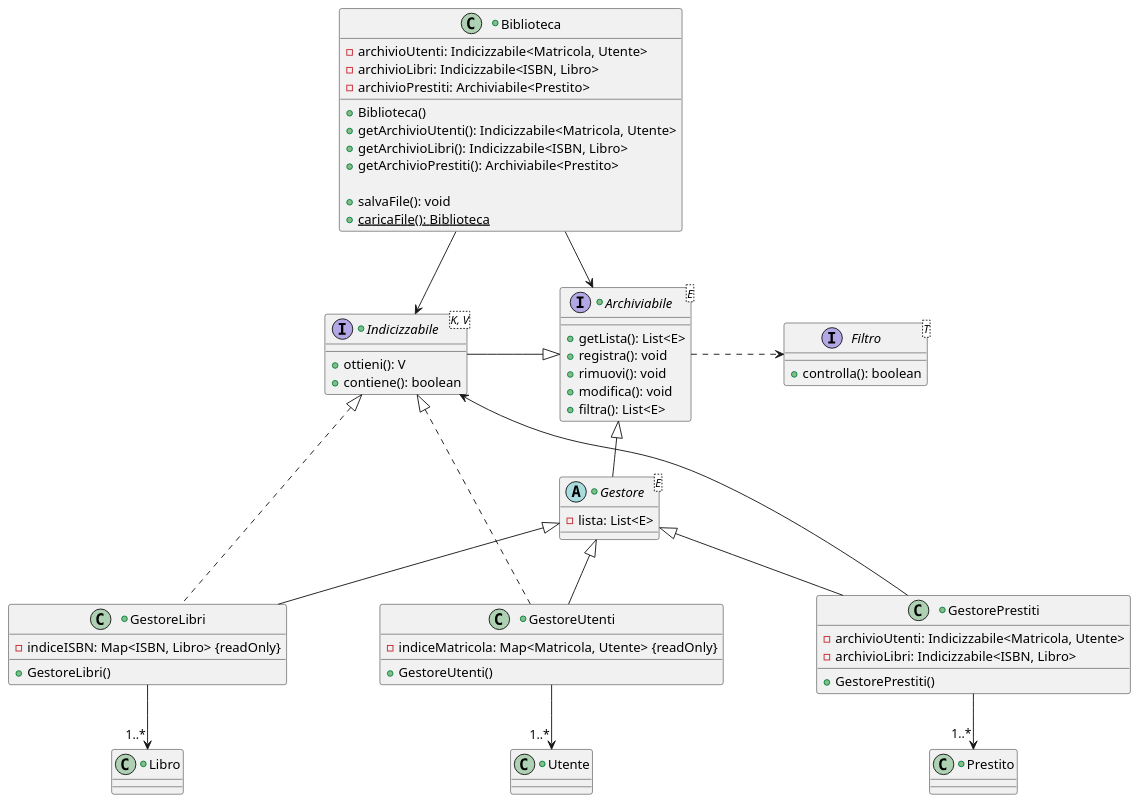
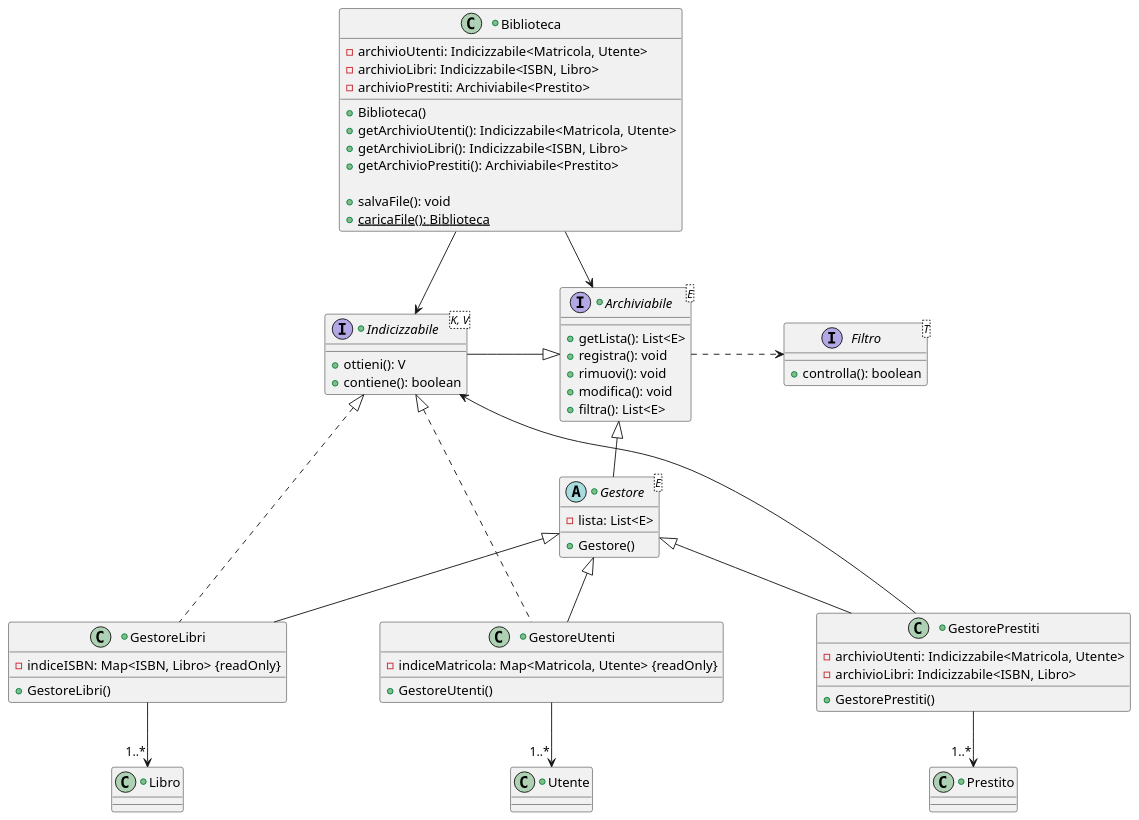
Before and after one commit to Meziu/easylibrary: the diagram in docs/uml/classesGestori.puml, drawn with PlantUML. The commit also changed 4 other files, not shown here.

```diff
--- a/docs/uml/classesGestori.puml
+++ b/docs/uml/classesGestori.puml
@@ -1,91 +1,93 @@
 @startuml
 skinparam nodesep 100
 scale 1400*1400
 
 interface Filtro<T> {
     +controlla(): boolean
 }
 
 together {
     +interface Archiviabile<E> {
         +getLista(): List<E>
         +registra(): void
         +rimuovi(): void
         +modifica(): void
         +filtra(): List<E>
     }
 
     +interface Indicizzabile<K, V> {
         +ottieni(): V
         +contiene(): boolean
     }
 }
 
 +class Utente {
 }
 
 +class Libro{
 }
 
 +class Prestito{
 }
 
 
 +class Biblioteca {
     -archivioUtenti: Indicizzabile<Matricola, Utente>
     -archivioLibri: Indicizzabile<ISBN, Libro>
     -archivioPrestiti: Archiviabile<Prestito>
 
     +Biblioteca()
     +getArchivioUtenti(): Indicizzabile<Matricola, Utente>
     +getArchivioLibri(): Indicizzabile<ISBN, Libro>
     +getArchivioPrestiti(): Archiviabile<Prestito>
 
     +salvaFile(): void
     +caricaFile(): Biblioteca {static}
 }
 
 +abstract class Gestore<E> {
     -lista: List<E>
+
+    +Gestore()
 }
 
 together {
     +class GestoreLibri extends Gestore {
         -indiceISBN: Map<ISBN, Libro> {readOnly}
 
         +GestoreLibri()
     }
 
 
     +class GestoreUtenti extends Gestore {
         -indiceMatricola: Map<Matricola, Utente> {readOnly}
 
         +GestoreUtenti()
     }
 
 
     +class GestorePrestiti extends Gestore {
         -archivioUtenti: Indicizzabile<Matricola, Utente>
         -archivioLibri: Indicizzabile<ISBN, Libro>
 
         +GestorePrestiti()
     }
 }
 
 Gestore -up-|> Archiviabile
 
 Biblioteca --> Archiviabile
 Biblioteca --> Indicizzabile
 
 Indicizzabile -right-|> Archiviabile
 Archiviabile .right.> Filtro
 
 GestoreLibri .up.|> Indicizzabile
 GestoreUtenti .up.|> Indicizzabile
 
 GestorePrestiti -left-> Indicizzabile
 
 GestoreUtenti --> "1..*" Utente
 GestoreLibri --> "1..*" Libro
 GestorePrestiti --> "1..*" Prestito
 @enduml
```
